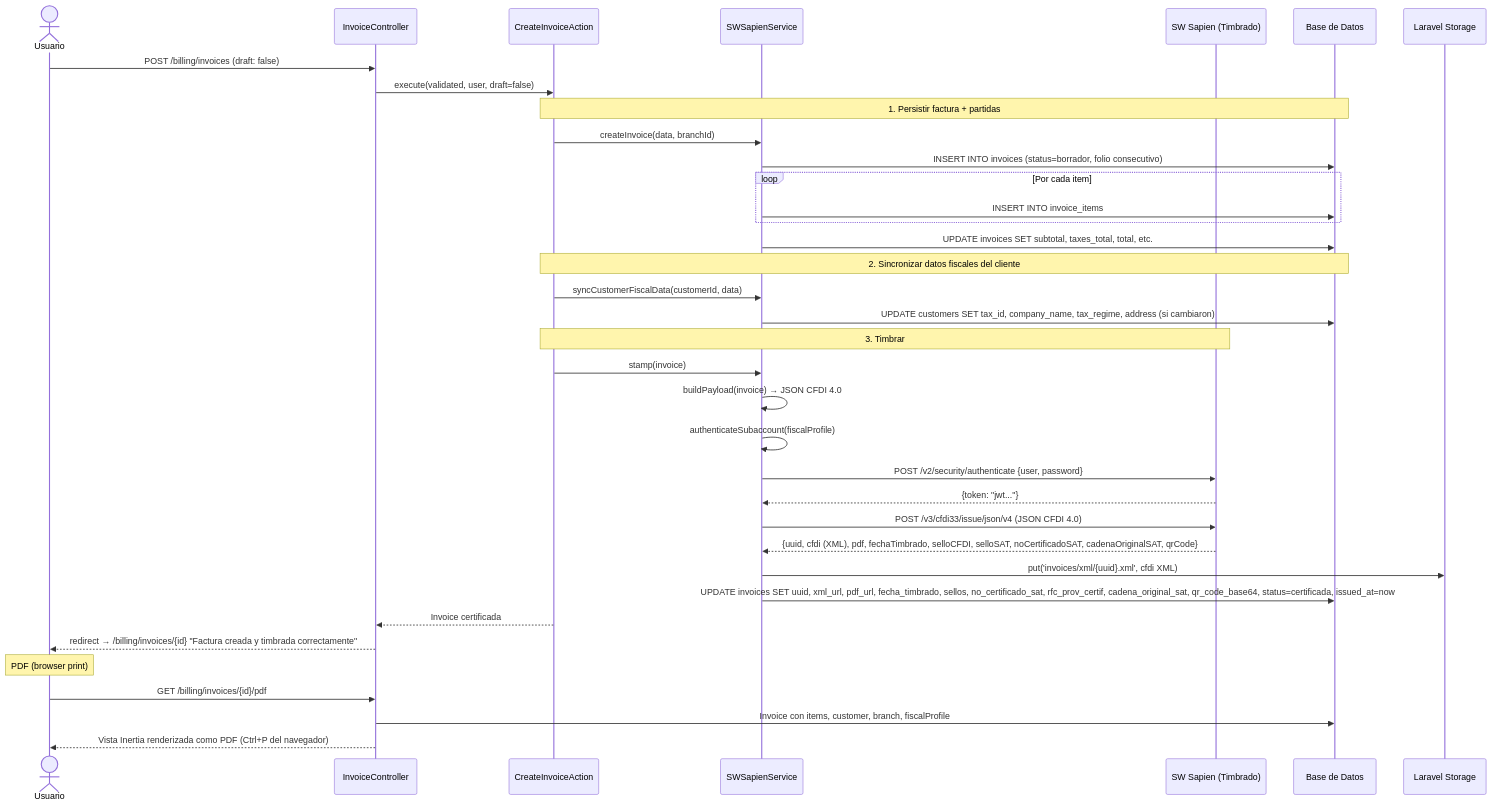
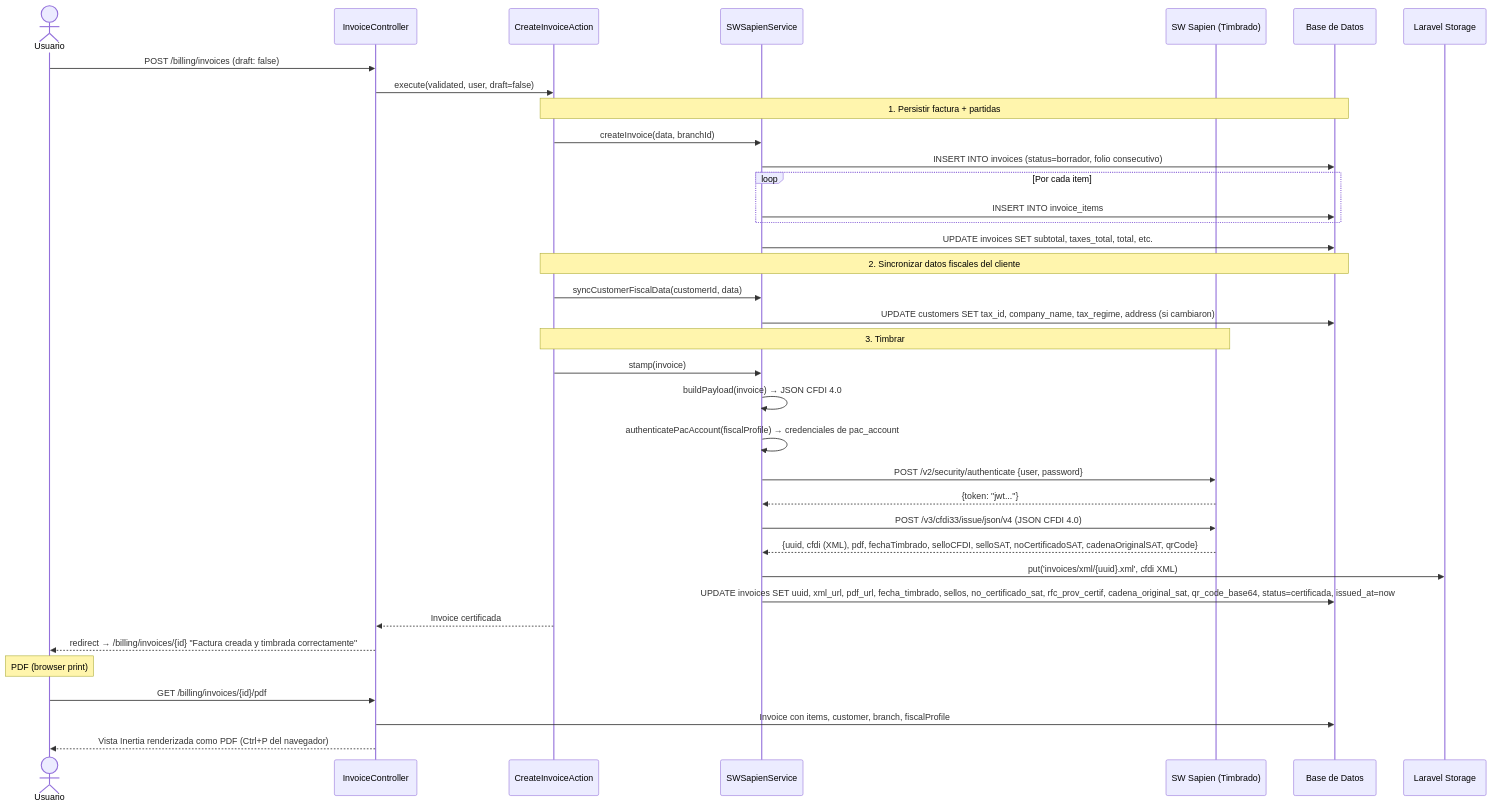
Before and after one commit to MiguelVazquezR/Ezyventas2: the third of 4 diagrams in docs/MODULO_FACTURACION.md, drawn with Mermaid. The commit also changed other lines of this file and 106 other files, not shown here.

````diff
--- a/docs/MODULO_FACTURACION.md
+++ b/docs/MODULO_FACTURACION.md
@@ -374,44 +514,44 @@
 ```mermaid
 sequenceDiagram
     actor Usuario
     participant Controller as InvoiceController
     participant Action as CreateInvoiceAction
     participant Service as SWSapienService
     participant PAC as SW Sapien (Timbrado)
     participant DB as Base de Datos
     participant Storage as Laravel Storage
 
     Usuario->>Controller: POST /billing/invoices (draft: false)
     Controller->>Action: execute(validated, user, draft=false)
 
     Note over Action,DB: 1. Persistir factura + partidas
     Action->>Service: createInvoice(data, branchId)
     Service->>DB: INSERT INTO invoices (status=borrador, folio consecutivo)
     loop Por cada item
         Service->>DB: INSERT INTO invoice_items
     end
     Service->>DB: UPDATE invoices SET subtotal, taxes_total, total, etc.
 
     Note over Action,DB: 2. Sincronizar datos fiscales del cliente
     Action->>Service: syncCustomerFiscalData(customerId, data)
     Service->>DB: UPDATE customers SET tax_id, company_name, tax_regime, address (si cambiaron)
 
     Note over Action,PAC: 3. Timbrar
     Action->>Service: stamp(invoice)
     Service->>Service: buildPayload(invoice) → JSON CFDI 4.0
-    Service->>Service: authenticateSubaccount(fiscalProfile)
+    Service->>Service: authenticatePacAccount(fiscalProfile) → credenciales de pac_account
     Service->>PAC: POST /v2/security/authenticate {user, password}
     PAC-->>Service: {token: "jwt..."}
     Service->>PAC: POST /v3/cfdi33/issue/json/v4 (JSON CFDI 4.0)
     PAC-->>Service: {uuid, cfdi (XML), pdf, fechaTimbrado, selloCFDI, selloSAT, noCertificadoSAT, cadenaOriginalSAT, qrCode}
     Service->>Storage: put('invoices/xml/{uuid}.xml', cfdi XML)
     Service->>DB: UPDATE invoices SET uuid, xml_url, pdf_url, fecha_timbrado, sellos, no_certificado_sat, rfc_prov_certif, cadena_original_sat, qr_code_base64, status=certificada, issued_at=now
 
     Action-->>Controller: Invoice certificada
     Controller-->>Usuario: redirect → /billing/invoices/{id} "Factura creada y timbrada correctamente"
 
     Note over Usuario: PDF (browser print)
     Usuario->>Controller: GET /billing/invoices/{id}/pdf
     Controller->>DB: Invoice con items, customer, branch, fiscalProfile
     Controller-->>Usuario: Vista Inertia renderizada como PDF (Ctrl+P del navegador)
 ```
````
